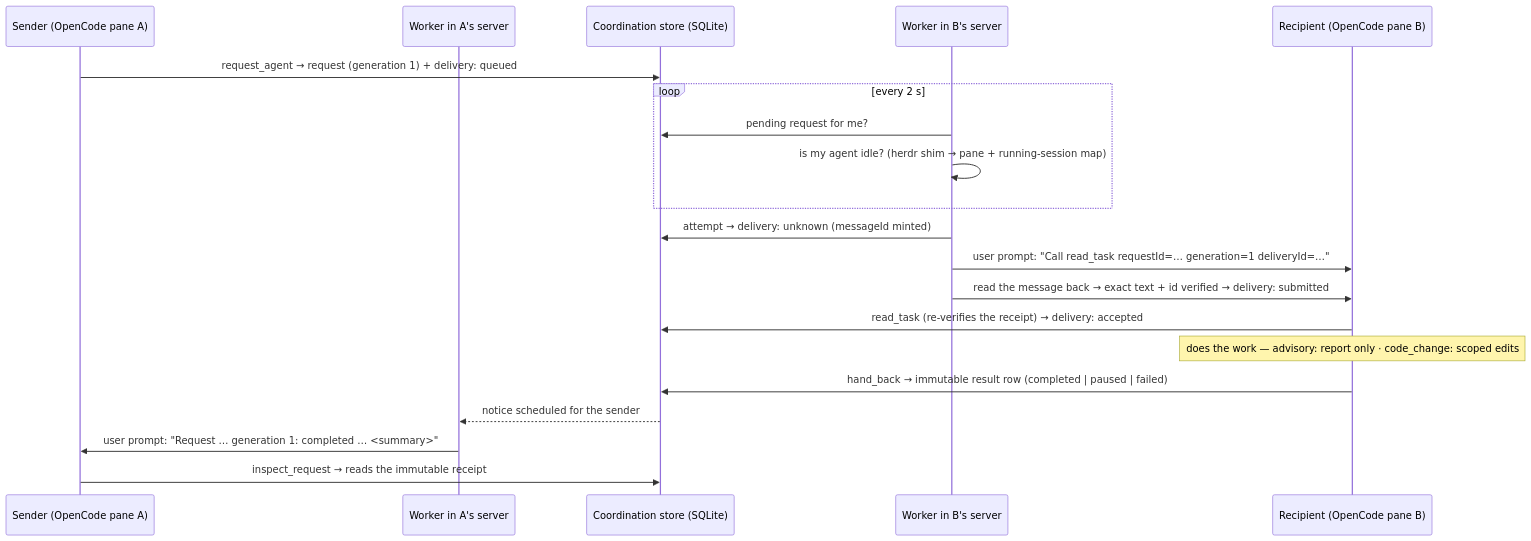
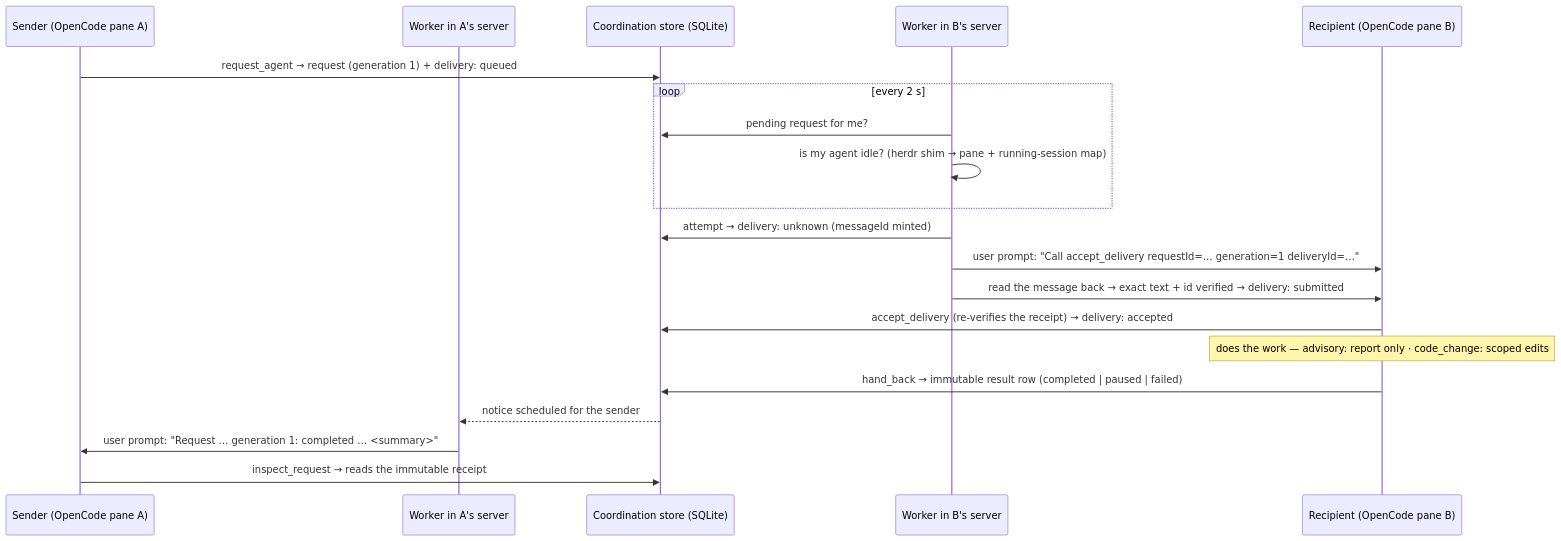
Before and after one commit to GoliathDeveloper/supreme-consciousness: the diagram in README.md, drawn with Mermaid. The commit also changed other lines of this file and 8 other files, not shown here.

````diff
--- a/README.md
+++ b/README.md
@@ -43,23 +43,23 @@
 ```mermaid
 sequenceDiagram
     participant S as Sender (OpenCode pane A)
     participant WA as Worker in A's server
     participant DB as Coordination store (SQLite)
     participant WB as Worker in B's server
     participant R as Recipient (OpenCode pane B)
 
     S->>DB: request_agent → request (generation 1) + delivery: queued
     loop every 2 s
         WB->>DB: pending request for me?
         WB->>WB: is my agent idle? (herdr shim → pane + running-session map)
     end
     WB->>DB: attempt → delivery: unknown (messageId minted)
-    WB->>R: user prompt: "Call read_task requestId=… generation=1 deliveryId=…"
+    WB->>R: user prompt: "Call accept_delivery requestId=… generation=1 deliveryId=…"
     WB->>R: read the message back → exact text + id verified → delivery: submitted
-    R->>DB: read_task (re-verifies the receipt) → delivery: accepted
+    R->>DB: accept_delivery (re-verifies the receipt) → delivery: accepted
     Note over R: does the work — advisory: report only · code_change: scoped edits
     R->>DB: hand_back → immutable result row (completed | paused | failed)
     DB-->>WA: notice scheduled for the sender
     WA->>S: user prompt: "Request … generation 1: completed … <summary>"
     S->>DB: inspect_request → reads the immutable receipt
 ```
````
